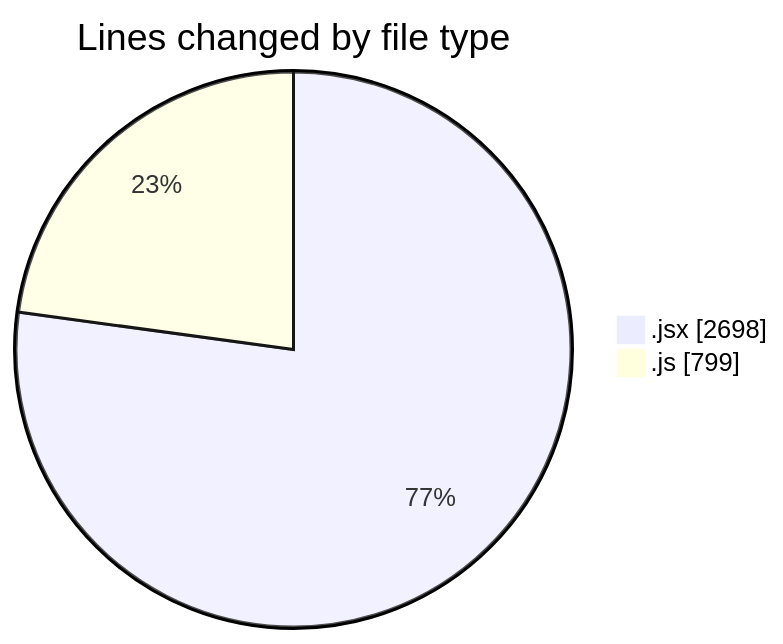
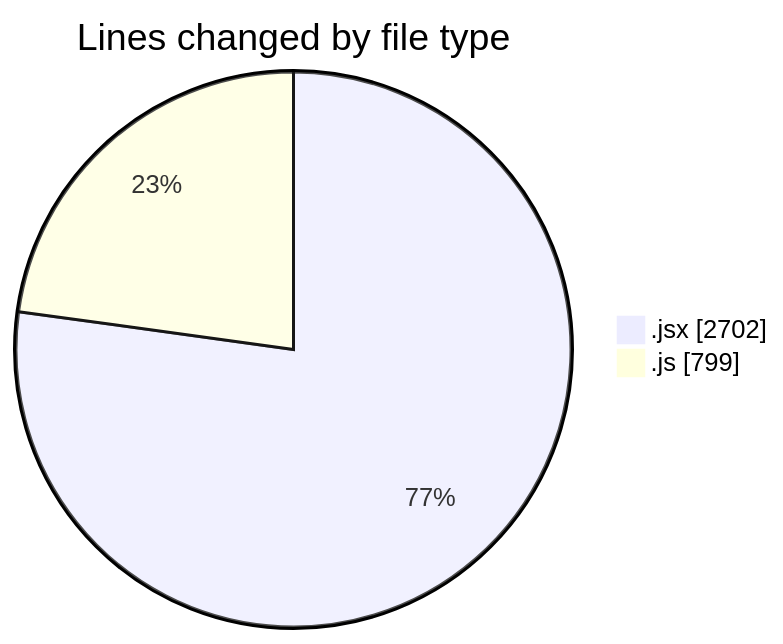
One commit to nxtqubesakshisongat/code-tracking changed the first of 2 diagrams in 2025-07-14/argos/README.md. Above: the diagram before and after it, drawn with Mermaid. The commit also changed other lines of this file and 1 other file, not shown here.

````diff
--- a/2025-07-14/argos/README.md
+++ b/2025-07-14/argos/README.md
@@ -26,6 +26,6 @@
 ```mermaid
 pie showData
 title Lines changed by file type
-".jsx" : 2698
+".jsx" : 2702
 ".js" : 799
 ```
````
